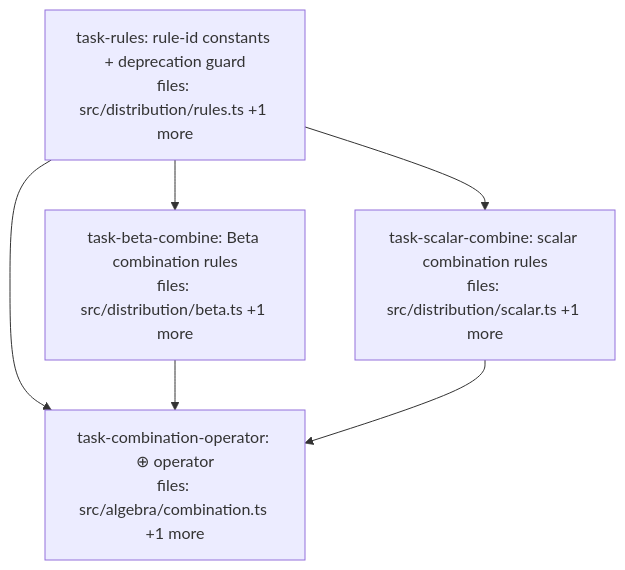
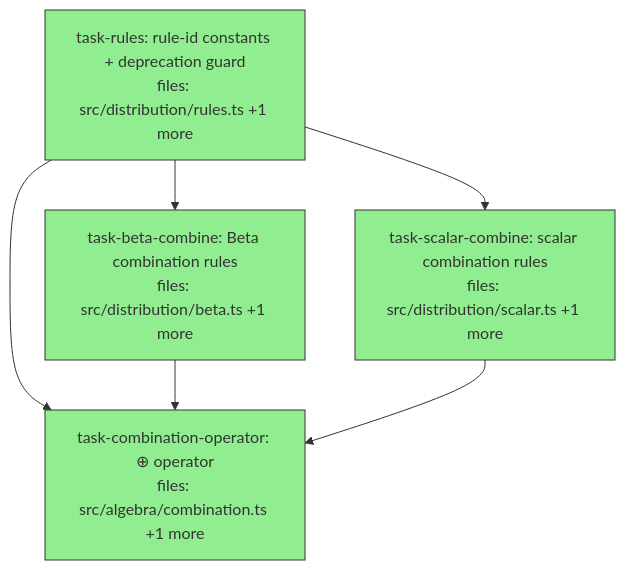
The diagram in docs/superpowers/plans/2026-05-25-mneme-v1-combination-rules-dag.md (BrettNye/Mneme), drawn with Mermaid before and after one commit. The commit also changed other lines of this file, not shown here.

Commit message:
docs(v1): mark combination-rules ⊕ plan complete — 4/4 tasks done

````diff
--- a/docs/superpowers/plans/2026-05-25-mneme-v1-combination-rules-dag.md
+++ b/docs/superpowers/plans/2026-05-25-mneme-v1-combination-rules-dag.md
@@ -6,19 +6,21 @@
 ```mermaid
 flowchart TD
     task-rules["task-rules: rule-id constants + deprecation guard<br/>files: src/distribution/rules.ts +1 more"]
     task-beta-combine["task-beta-combine: Beta combination rules<br/>files: src/distribution/beta.ts +1 more"]
     task-scalar-combine["task-scalar-combine: scalar combination rules<br/>files: src/distribution/scalar.ts +1 more"]
     task-combination-operator["task-combination-operator: ⊕ operator<br/>files: src/algebra/combination.ts +1 more"]
 
     task-rules --> task-beta-combine
     task-rules --> task-scalar-combine
     task-rules --> task-combination-operator
     task-beta-combine --> task-combination-operator
     task-scalar-combine --> task-combination-operator
 
     classDef done fill:#90ee90,stroke:#333
     classDef ready fill:#fffacd,stroke:#333
     classDef running fill:#87ceeb,stroke:#333
     classDef failed fill:#ffb6c1,stroke:#333
     classDef skipped fill:#d3d3d3,stroke:#333,stroke-dasharray: 5 5
+
+    class task-rules,task-beta-combine,task-scalar-combine,task-combination-operator done
 ```
````
